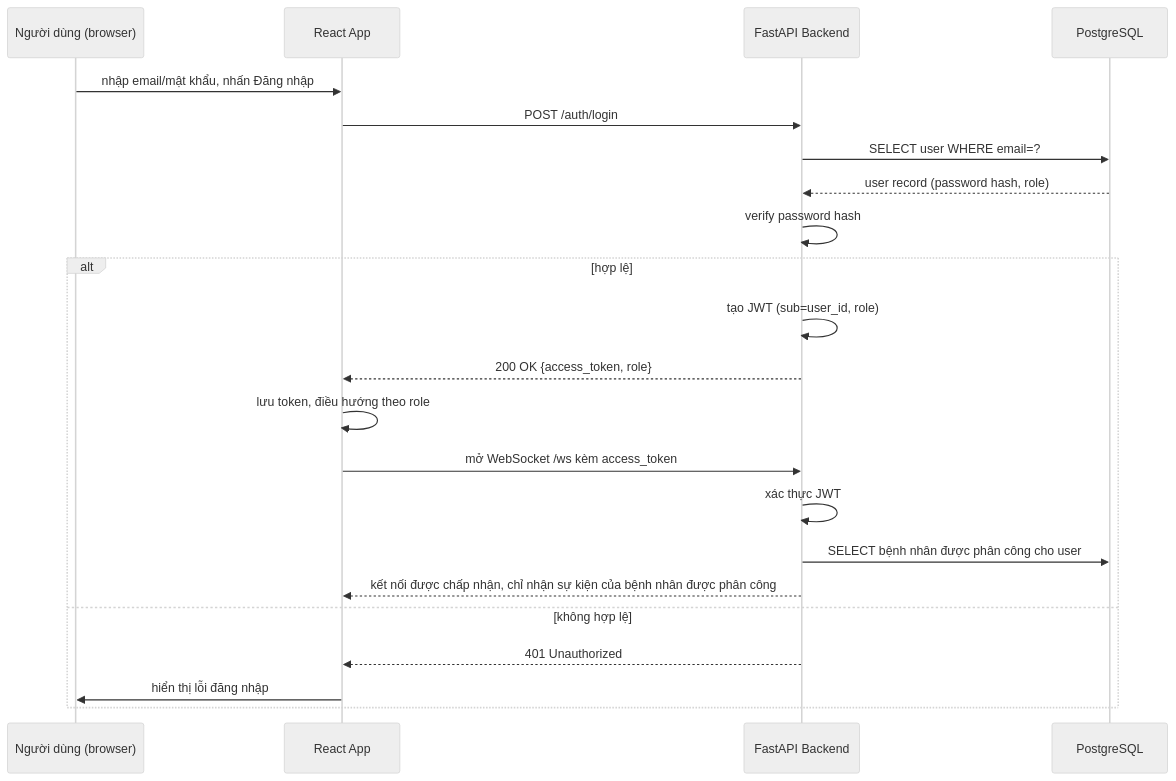
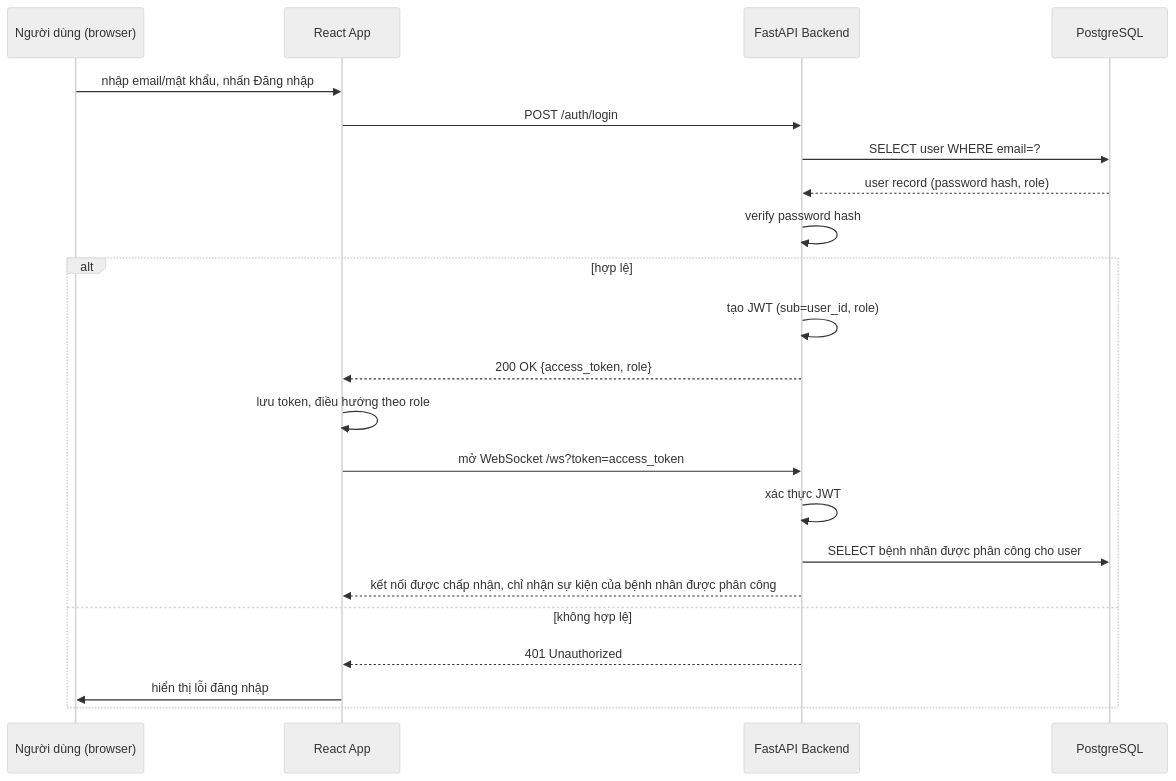
Before and after one commit to MinhNguyen1007/Remote-patient-monitoring-system-using-Streaming-MLOps: the second of 3 diagrams in docs/design/02_4_sequence.md, drawn with Mermaid (neutral theme). The commit also changed other lines of this file and 45 other files, not shown here.

First line of the commit message:
feat: Giai đoạn E - backend FastAPI (REST, WebSocket, JWT, email, retrain)

````diff
--- a/docs/design/02_4_sequence.md
+++ b/docs/design/02_4_sequence.md
@@ -54,25 +57,25 @@
 ```mermaid
 sequenceDiagram
     participant U as Người dùng (browser)
     participant FE as React App
     participant BE as FastAPI Backend
     participant DB as PostgreSQL
 
     U->>FE: nhập email/mật khẩu, nhấn Đăng nhập
     FE->>BE: POST /auth/login
     BE->>DB: SELECT user WHERE email=?
     DB-->>BE: user record (password hash, role)
     BE->>BE: verify password hash
     alt hợp lệ
         BE->>BE: tạo JWT (sub=user_id, role)
         BE-->>FE: 200 OK {access_token, role}
         FE->>FE: lưu token, điều hướng theo role
-        FE->>BE: mở WebSocket /ws kèm access_token
+        FE->>BE: mở WebSocket /ws?token=access_token
         BE->>BE: xác thực JWT
         BE->>DB: SELECT bệnh nhân được phân công cho user
         BE-->>FE: kết nối được chấp nhận, chỉ nhận sự kiện của bệnh nhân được phân công
     else không hợp lệ
         BE-->>FE: 401 Unauthorized
         FE->>U: hiển thị lỗi đăng nhập
     end
 ```
````
